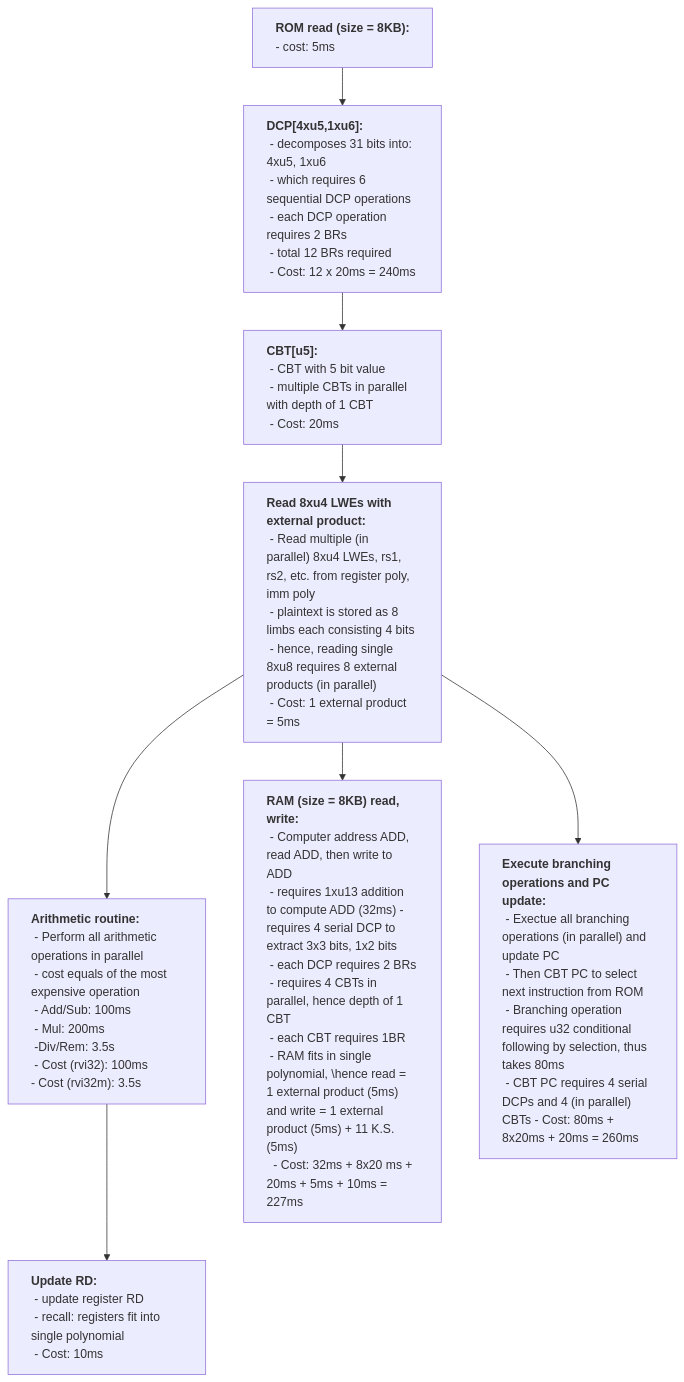
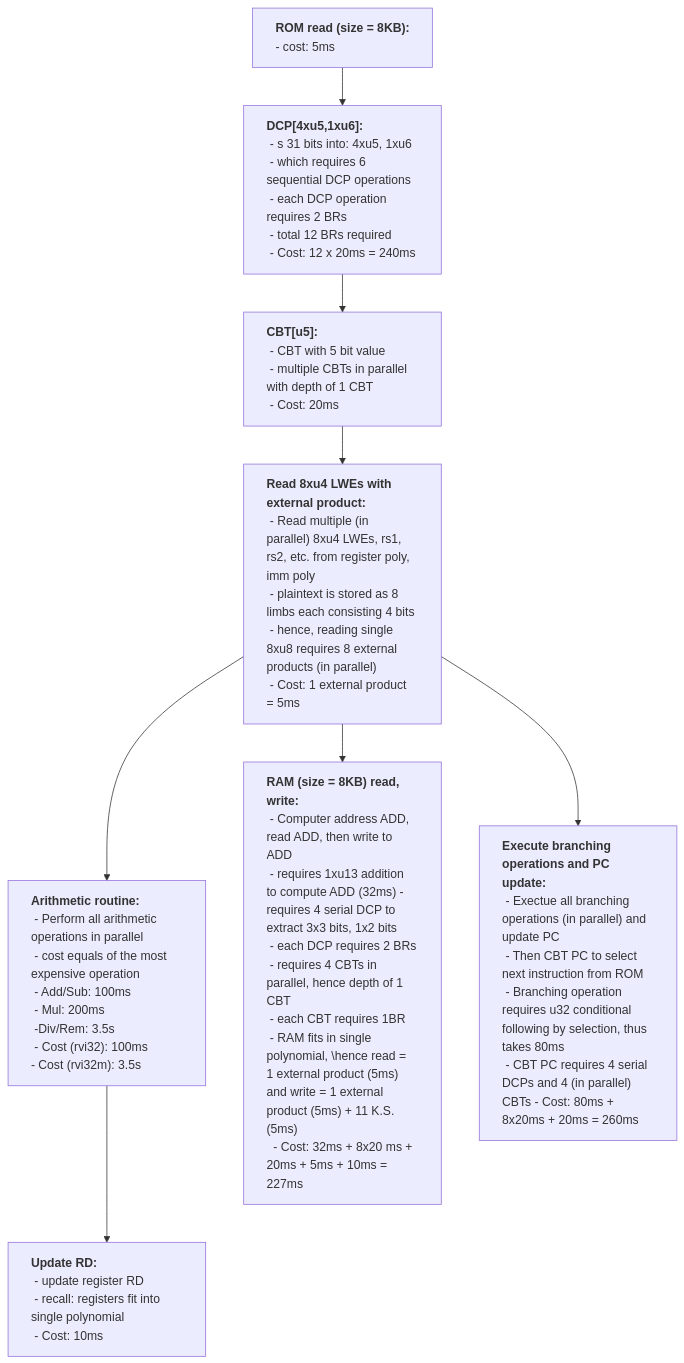
Before and after one commit to phantomzone-org/phantom: the diagram in doc/costs.md, drawn with Mermaid. The commit also changed 58 other files, not shown here.

````diff
--- a/doc/costs.md
+++ b/doc/costs.md
@@ -1,37 +1,37 @@
 ```mermaid
 graph TD
 
     ROM["<b>ROM read (size = 8KB):</b><br> - cost: 5ms"]
 
-    DCP["<b>DCP[4xu5,1xu6]:</b><br> - decomposes 31 bits into: 4xu5, 1xu6<br> - which requires 6 sequential DCP operations<br> - each DCP operation requires 2 BRs<br> - total 12 BRs required<br> - Cost: 12 x 20ms = 240ms"]
+    DCP["<b>DCP[4xu5,1xu6]:</b><br> - s 31 bits into: 4xu5, 1xu6<br> - which requires 6 sequential DCP operations<br> - each DCP operation requires 2 BRs<br> - total 12 BRs required<br> - Cost: 12 x 20ms = 240ms"]
 
     CBT1["<b>CBT[u5]:</b><br> - CBT with 5 bit value<br> - multiple CBTs in parallel with depth of 1 CBT<br> - Cost: 20ms"]
 
     ExternalLWERead["<b>Read 8xu4 LWEs with external product:</b><br> - Read multiple (in parallel) 8xu4 LWEs, rs1, rs2, etc. from register poly, imm poly<br> - plaintext is stored as 8 limbs each consisting 4 bits<br> - hence, reading single 8xu8 requires 8 external products (in parallel)<br> - Cost: 1 external product = 5ms"]
 
     ArithmeticRoutine["<b>Arithmetic routine:</b><br> - Perform all arithmetic operations in parallel<br> - cost equals of the most expensive operation<br> - Add/Sub: 100ms<br> - Mul: 200ms<br> -Div/Rem: 3.5s<br> - Cost (rvi32): 100ms<br>- Cost (rvi32m): 3.5s"]
 
     UpdateRD["<b>Update RD:</b><br> - update register RD<br> - recall: registers fit into single polynomial <br> - Cost: 10ms"]
 
     RamReadWrite["<b>RAM (size = 8KB) read, write:</b><br> - Computer address ADD, read ADD, then write to ADD<br> - requires 1xu13 addition to compute ADD (32ms) - requires 4 serial DCP to extract 3x3 bits, 1x2 bits<br> - each DCP requires 2 BRs<br> - requires 4 CBTs in parallel, hence depth of 1 CBT<br> - each CBT requires 1BR<br> - RAM fits in single polynomial, \hence read = 1 external product (5ms) and write = 1 external product (5ms) + 11 K.S. (5ms)<br>  - Cost: 32ms + 8x20 ms + 20ms + 5ms + 10ms = 227ms"]
 
     BrancOpsPCUpdate["<b>Execute branching operations and PC update:</b><br> - Exectue all branching operations (in parallel) and update PC<br> - Then CBT PC to select next instruction from ROM<br> - Branching operation requires u32 conditional following by selection, thus takes 80ms<br> - CBT PC requires 4 serial DCPs and 4 (in parallel) CBTs - Cost: 80ms + 8x20ms + 20ms = 260ms"]
 
 
     ROM --> DCP
     DCP --> CBT1
     CBT1 --> ExternalLWERead
     ExternalLWERead --> ArithmeticRoutine
     ArithmeticRoutine --> UpdateRD
     ExternalLWERead --> RamReadWrite
     ExternalLWERead --> BrancOpsPCUpdate
 
     style DCP text-align:left
     style CBT1 text-align:left
     style ExternalLWERead text-align:left
     style ArithmeticRoutine text-align:left
     style UpdateRD text-align:left
     style BrancOpsPCUpdate text-align:left
     style RamReadWrite text-align:left
     style ROM text-align:left
 ```
````
